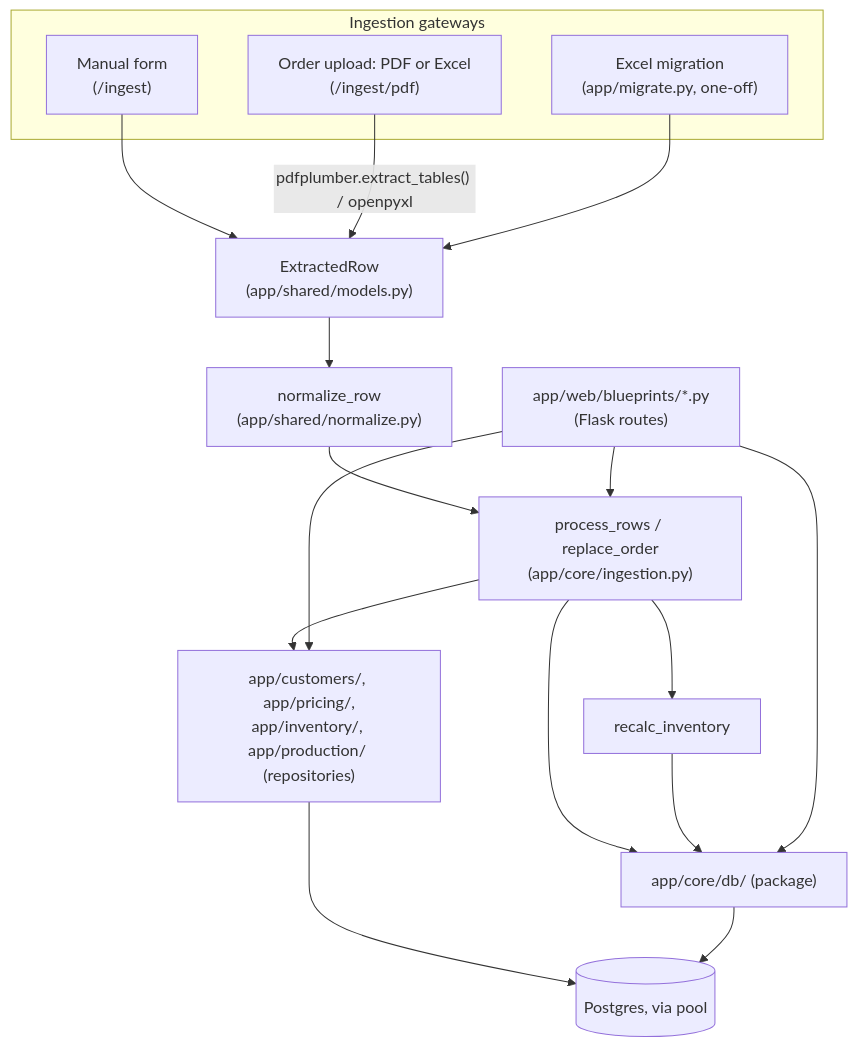
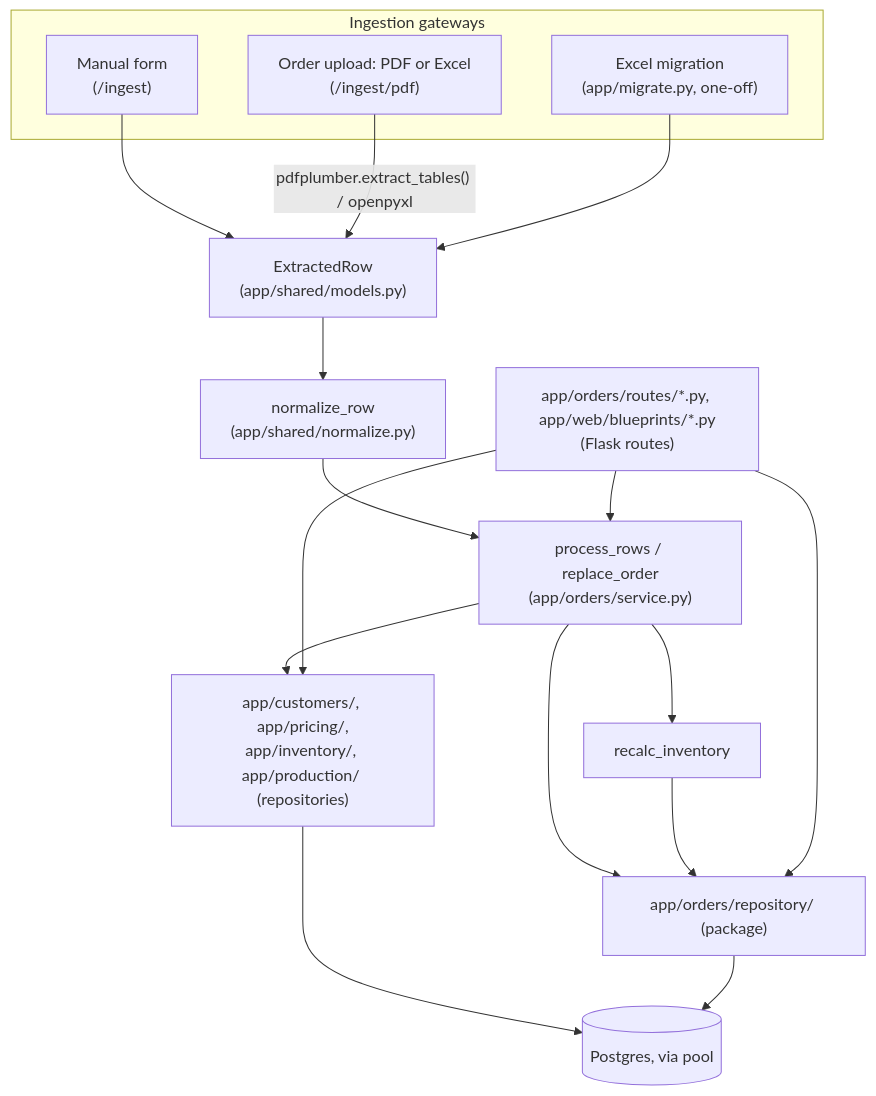
Before and after one commit to nickkmm/plates: the first of 2 diagrams in docs/ARCHITECTURE.md, drawn with Mermaid. The commit also changed other lines of this file and 8 other files, not shown here.

Commit message:
Point docs at the orders package

````diff
--- a/docs/ARCHITECTURE.md
+++ b/docs/ARCHITECTURE.md
@@ -11,23 +11,23 @@
 ```mermaid
 flowchart TD
     subgraph Gateways["Ingestion gateways"]
         M["Manual form<br/>(/ingest)"]
         PDF["Order upload: PDF or Excel<br/>(/ingest/pdf)"]
         MIG["Excel migration<br/>(app/migrate.py, one-off)"]
     end
     M --> ER["ExtractedRow<br/>(app/shared/models.py)"]
     PDF -->|"pdfplumber.extract_tables() / openpyxl"| ER
     MIG --> ER
     ER --> NORM["normalize_row<br/>(app/shared/normalize.py)"]
-    NORM --> PROC["process_rows / replace_order<br/>(app/core/ingestion.py)"]
-    PROC --> DBL["app/core/db/ (package)"]
+    NORM --> PROC["process_rows / replace_order<br/>(app/orders/service.py)"]
+    PROC --> DBL["app/orders/repository/ (package)"]
     PROC --> DOM["app/customers/, app/pricing/,<br/>app/inventory/, app/production/ (repositories)"]
     DOM --> PG
     DBL --> PG[(Postgres, via pool)]
     PROC --> INV[recalc_inventory]
     INV --> DBL
 
-    WEB["app/web/blueprints/*.py<br/>(Flask routes)"] --> PROC
+    WEB["app/orders/routes/*.py, app/web/blueprints/*.py<br/>(Flask routes)"] --> PROC
     WEB --> DBL
     WEB --> DOM
 ```
````
